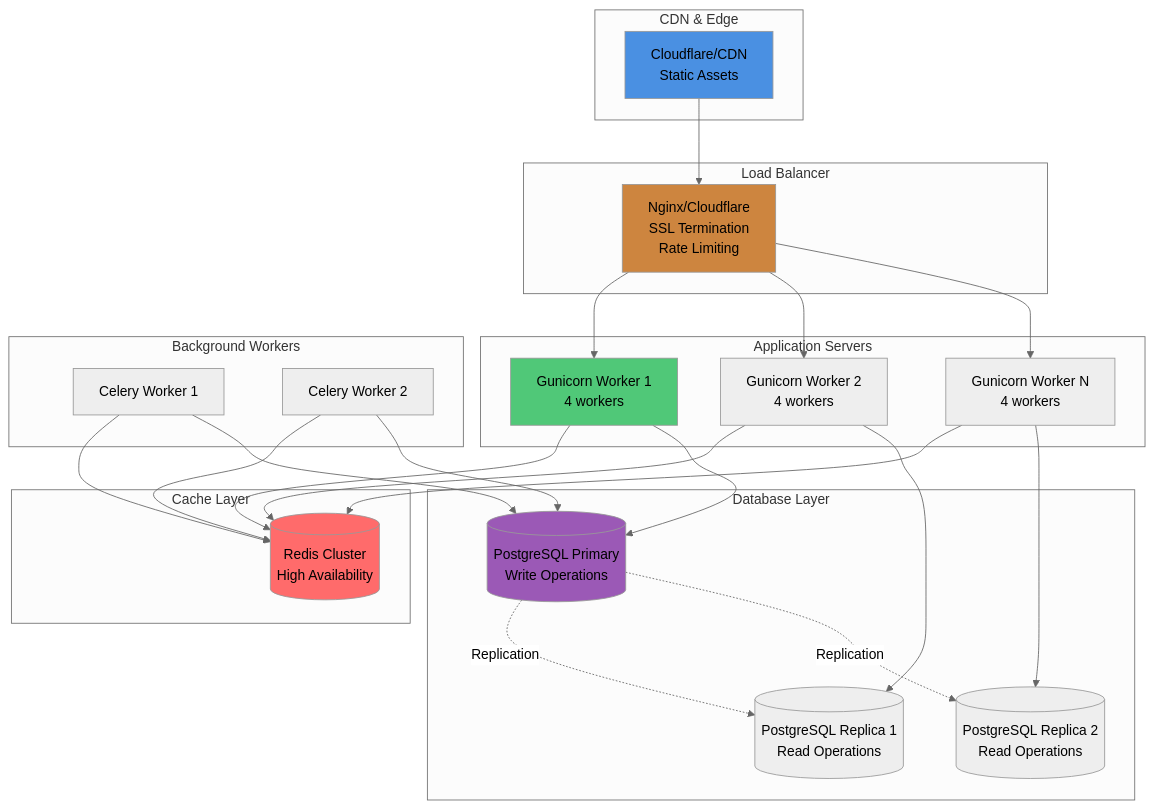
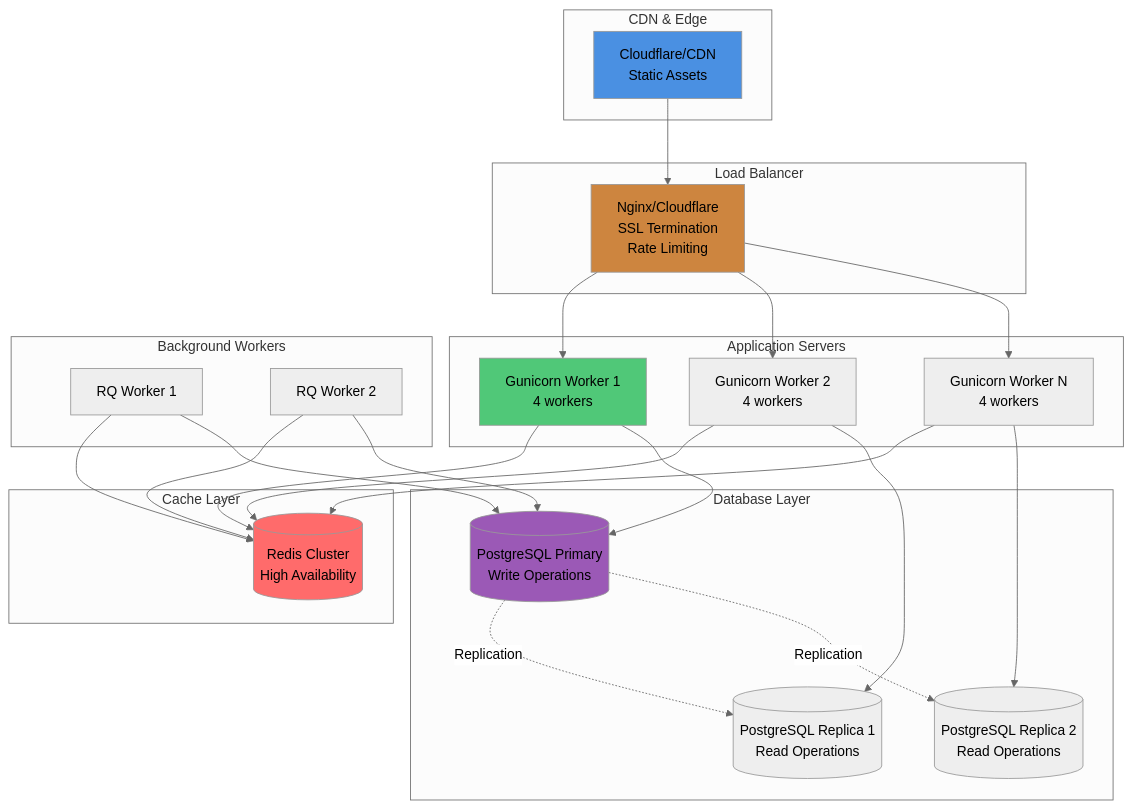
Before and after one commit to Ujjwaljain16/Fuze: diagram 21 of 21 in docs/ARCHITECTURE.md, drawn with Mermaid (neutral theme). The commit also changed other lines of this file and 2 other files, not shown here.

````diff
--- a/docs/ARCHITECTURE.md
+++ b/docs/ARCHITECTURE.md
@@ -1044,58 +1215,58 @@
 ```mermaid
 graph TB
     subgraph "CDN & Edge"
         CDN[Cloudflare/CDN<br/>Static Assets]
     end
     
     subgraph "Load Balancer"
         LB[Nginx/Cloudflare<br/>SSL Termination<br/>Rate Limiting]
     end
     
     subgraph "Application Servers"
         App1[Gunicorn Worker 1<br/>4 workers]
         App2[Gunicorn Worker 2<br/>4 workers]
         AppN[Gunicorn Worker N<br/>4 workers]
     end
     
     subgraph "Cache Layer"
         Redis[(Redis Cluster<br/>High Availability)]
     end
     
     subgraph "Database Layer"
         Primary[(PostgreSQL Primary<br/>Write Operations)]
         Replica1[(PostgreSQL Replica 1<br/>Read Operations)]
         Replica2[(PostgreSQL Replica 2<br/>Read Operations)]
     end
     
     subgraph "Background Workers"
-        BG1[Celery Worker 1]
-        BG2[Celery Worker 2]
+        BG1[RQ Worker 1]
+        BG2[RQ Worker 2]
     end
     
     CDN --> LB
     LB --> App1
     LB --> App2
     LB --> AppN
     
     App1 --> Redis
     App2 --> Redis
     AppN --> Redis
     
     App1 --> Primary
     App2 --> Replica1
     AppN --> Replica2
     
     BG1 --> Redis
     BG2 --> Redis
     BG1 --> Primary
     BG2 --> Primary
     
     Primary -.->|Replication| Replica1
     Primary -.->|Replication| Replica2
     
     style CDN fill:#4a90e2
     style LB fill:#cd853f
     style App1 fill:#50c878
     style Redis fill:#ff6b6b
     style Primary fill:#9b59b6
 ```
````
